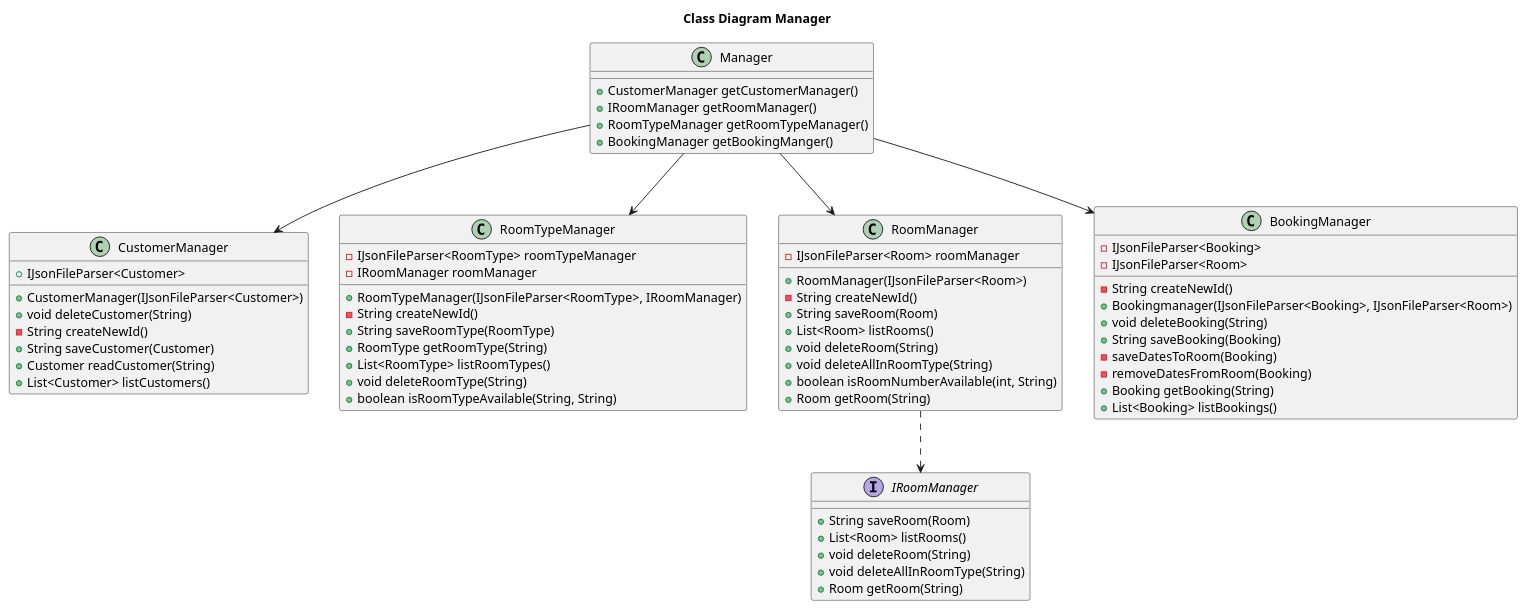
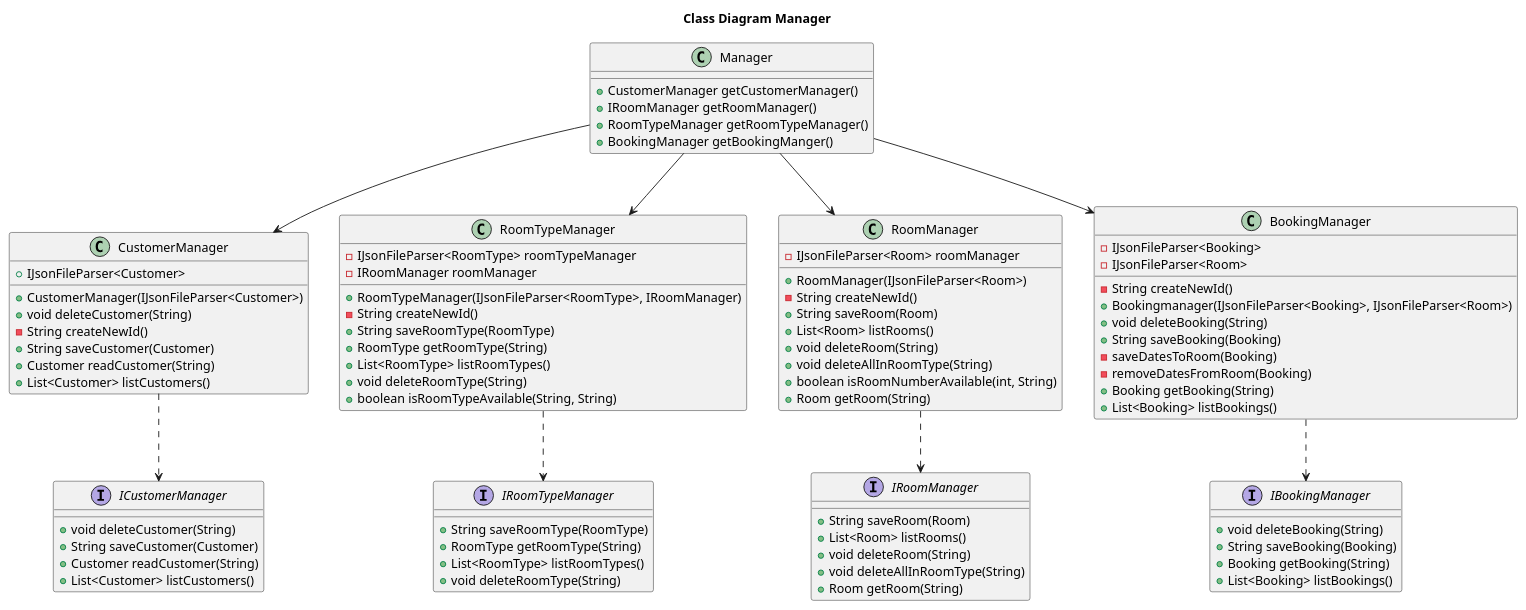
The diagram in docs/release3/r3-class-diagram-manager.puml (katrimik/suitespot), drawn with PlantUML before and after one commit. The commit also changed 9 other files, not shown here.

```diff
--- a/docs/release3/r3-class-diagram-manager.puml
+++ b/docs/release3/r3-class-diagram-manager.puml
@@ -1,78 +1,101 @@
 @startuml class diagram
 title Class Diagram Manager
 
 class CustomerManager{
     + IJsonFileParser<Customer>
     + CustomerManager(IJsonFileParser<Customer>)
     + void deleteCustomer(String)
     - String createNewId()
     + String saveCustomer(Customer)
     + Customer readCustomer(String)
     + List<Customer> listCustomers()
-
-
-}
-
-interface IRoomManager{
-    + String saveRoom(Room) 
-    + List<Room> listRooms()
-    + void deleteRoom(String)
-    + void deleteAllInRoomType(String)
-    + Room getRoom(String)
-
 }
 
 class Manager{
     + CustomerManager getCustomerManager()
     + IRoomManager getRoomManager()
     + RoomTypeManager getRoomTypeManager()
     + BookingManager getBookingManger()
 
 }
 
 class RoomTypeManager{
     - IJsonFileParser<RoomType> roomTypeManager
     - IRoomManager roomManager
     + RoomTypeManager(IJsonFileParser<RoomType>, IRoomManager)
     - String createNewId()
     + String saveRoomType(RoomType)
     + RoomType getRoomType(String)
     + List<RoomType> listRoomTypes()
     + void deleteRoomType(String)
     + boolean isRoomTypeAvailable(String, String)
 }
 
 class RoomManager{
     - IJsonFileParser<Room> roomManager
     + RoomManager(IJsonFileParser<Room>)
     - String createNewId()
     + String saveRoom(Room)
     + List<Room> listRooms()
     + void deleteRoom(String)
     + void deleteAllInRoomType(String)
     + boolean isRoomNumberAvailable(int, String)
     + Room getRoom(String)
 }
 
 class BookingManager{
     - IJsonFileParser<Booking>
     - IJsonFileParser<Room>
     - String createNewId()
     + Bookingmanager(IJsonFileParser<Booking>, IJsonFileParser<Room>)
     + void deleteBooking(String)
     + String saveBooking(Booking)
     - saveDatesToRoom(Booking)
     - removeDatesFromRoom(Booking)
     + Booking getBooking(String)
     + List<Booking> listBookings()
 }
 
-RoomManager ..> IRoomManager 
+interface IRoomManager{
+    + String saveRoom(Room) 
+    + List<Room> listRooms()
+    + void deleteRoom(String)
+    + void deleteAllInRoomType(String)
+    + Room getRoom(String)
+
+}
+
+interface ICustomerManager{
+    + void deleteCustomer(String)
+    + String saveCustomer(Customer)
+    + Customer readCustomer(String)
+    + List<Customer> listCustomers()
+
+}
+
+interface IBookingManager{
+    + void deleteBooking(String)
+    + String saveBooking(Booking)
+    + Booking getBooking(String)
+    + List<Booking> listBookings()
+
+}
+
+interface IRoomTypeManager{
+    + String saveRoomType(RoomType)
+    + RoomType getRoomType(String)
+    + List<RoomType> listRoomTypes()
+    + void deleteRoomType(String)
+
+}
+
+CustomerManager ..> ICustomerManager
+RoomTypeManager ..> IRoomTypeManager
+RoomManager ..> IRoomManager
+BookingManager ..> IBookingManager
 Manager --> CustomerManager
 Manager --> RoomManager
 Manager --> RoomTypeManager
 Manager --> BookingManager
 
-
-
 @enduml
```
